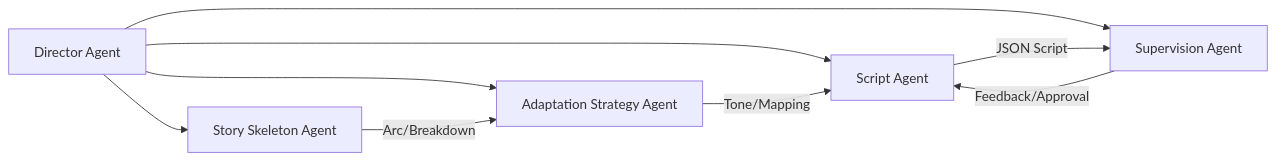
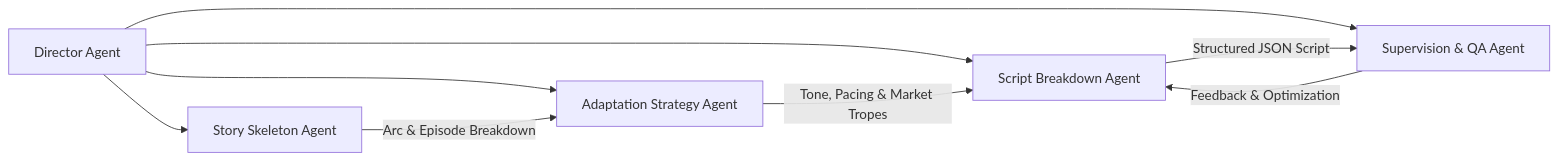
Before and after one commit to agrhub/Shine: the fourth of 5 diagrams in docs/architecture-document.md, drawn with Mermaid. The commit also changed other lines of this file and 140 other files, not shown here.

````diff
--- a/docs/architecture-document.md
+++ b/docs/architecture-document.md
@@ -258,12 +203,12 @@
 ```mermaid
 graph LR
     Director[Director Agent] --> Skeleton[Story Skeleton Agent]
     Director --> Adaptation[Adaptation Strategy Agent]
-    Director --> Script[Script Agent]
-    Director --> Supervision[Supervision Agent]
+    Director --> Script[Script Breakdown Agent]
+    Director --> Supervision[Supervision & QA Agent]
     
-    Skeleton --> |Arc/Breakdown| Adaptation
-    Adaptation --> |Tone/Mapping| Script
-    Script --> |JSON Script| Supervision
-    Supervision --> |Feedback/Approval| Script
+    Skeleton --> |Arc & Episode Breakdown| Adaptation
+    Adaptation --> |Tone, Pacing & Market Tropes| Script
+    Script --> |Structured JSON Script| Supervision
+    Supervision --> |Feedback & Optimization| Script
 ```
````
